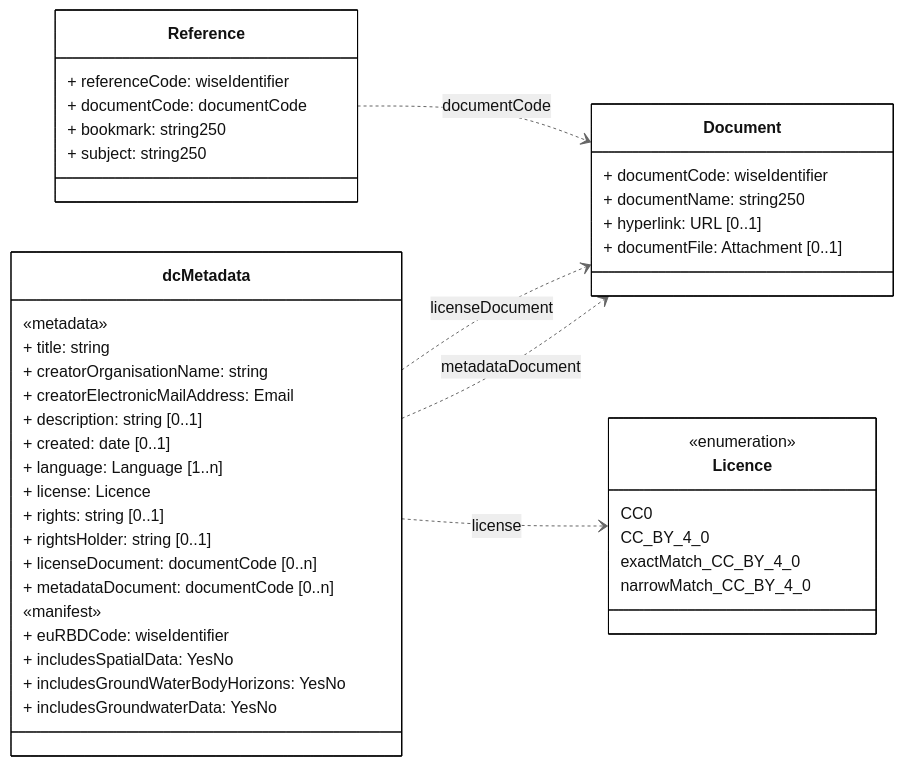
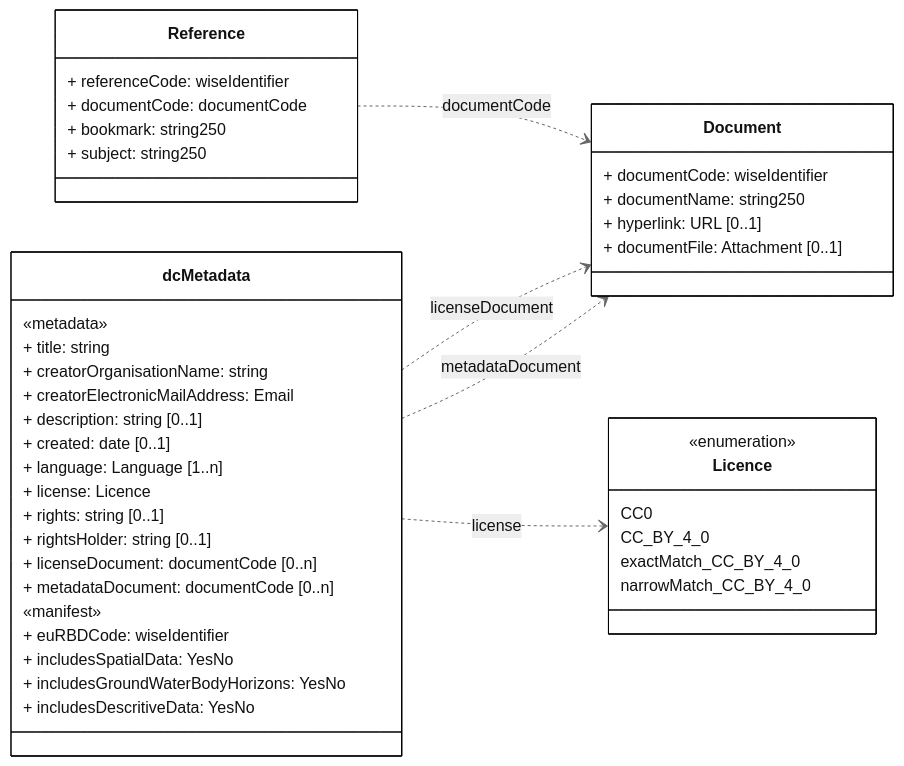
One commit to eeadata/WISE.WFD.Documentation changed the diagram in docs/DataModelReview/mmd/Groundwater_4thCycle_Documents_ClassDiagram.mmd. Above: the diagram before and after it, drawn with Mermaid. The commit also changed 7 other files, not shown here.

```diff
--- a/docs/DataModelReview/mmd/Groundwater_4thCycle_Documents_ClassDiagram.mmd
+++ b/docs/DataModelReview/mmd/Groundwater_4thCycle_Documents_ClassDiagram.mmd
@@ -1,60 +1,60 @@
 ---
 config:
   class:
     hideEmptyMembersBox: true
   layout: dagre
   theme: neutral
 ---
 classDiagram
 direction LR
 
 class dcMetadata {
 
 «metadata»
 + title: string
 + creatorOrganisationName: string
 + creatorElectronicMailAddress: Email
 + description: string [0..1]
 + created: date [0..1]
 + language: Language [1..n]
 + license: Licence
 + rights: string [0..1]
 + rightsHolder: string [0..1]
 + licenseDocument: documentCode [0..n]
 + metadataDocument: documentCode [0..n]
 
 «manifest»
 + euRBDCode: wiseIdentifier
 + includesSpatialData: YesNo
 + includesGroundWaterBodyHorizons: YesNo
-+ includesGroundwaterData: YesNo
++ includesDescritiveData: YesNo
 }
 
 class Reference {
   + referenceCode: wiseIdentifier
   + documentCode: documentCode
   + bookmark: string250
   + subject: string250 
 }
 
 class Document {
 + documentCode: wiseIdentifier
 + documentName: string250
 + hyperlink: URL [0..1]
 + documentFile: Attachment [0..1]
 }
 
 class Licence{
   <<enumeration>>
   CC0
   CC_BY_4_0
   exactMatch_CC_BY_4_0
   narrowMatch_CC_BY_4_0
 }
 
 Reference  ..> Document: documentCode
 dcMetadata ..> Document: licenseDocument
 dcMetadata ..> Document: metadataDocument
 dcMetadata ..> Licence: license
 classDef default fill:white,stroke:#000;
 classDef forFixing fill:white,stroke:#f00;
```
